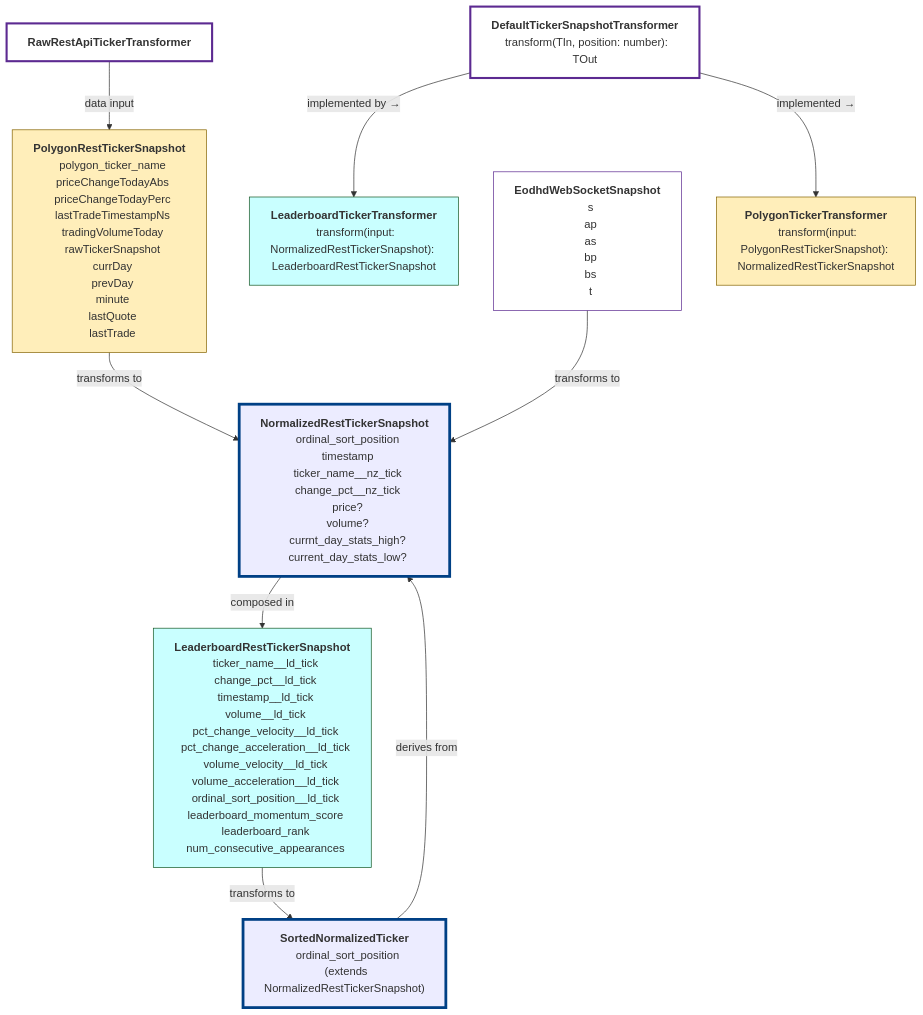
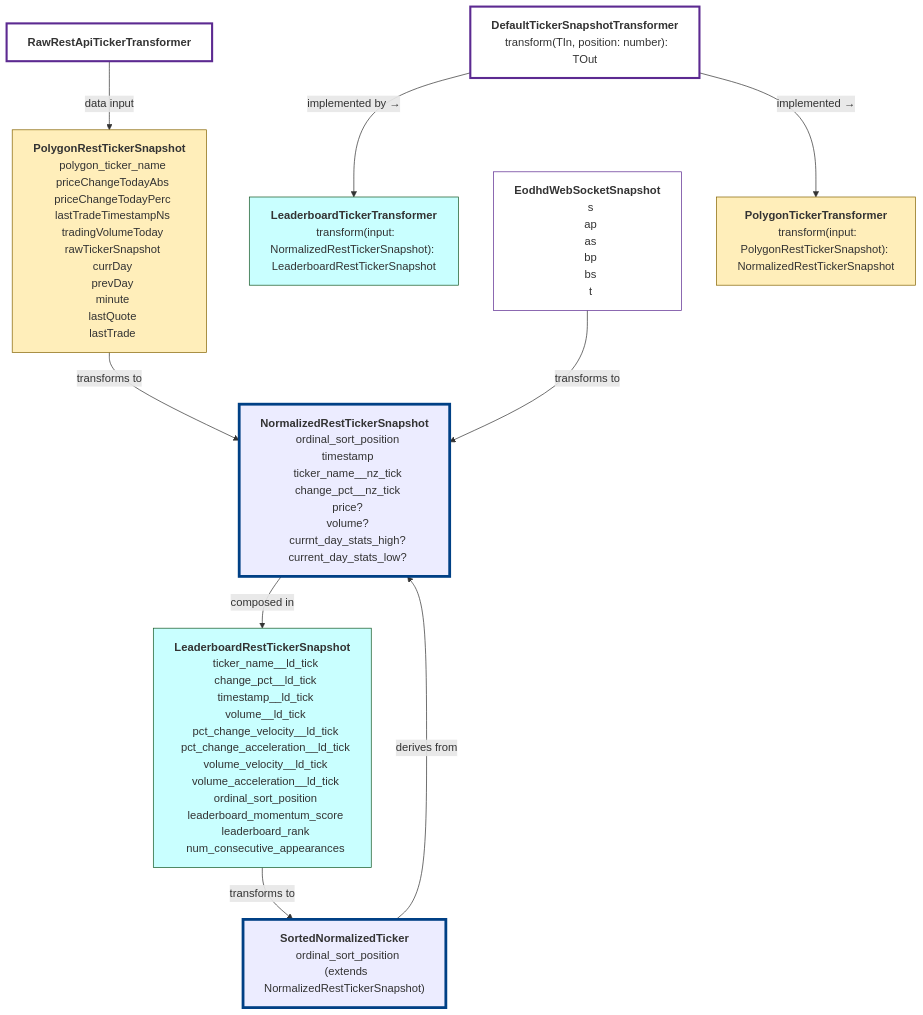
Before and after one commit to monolithgoon/momentum-trend-notification-bot: the diagram in src/core/models/ticker-model.graph.mmd, drawn with Mermaid. The commit also changed 44 other files, not shown here.

Commit message:
refactor: simplifies snapshot scan pipeline; flatten filter architecture, enforces strict deduping, and support expressive per-field threshold rules

```diff
--- a/src/core/models/ticker-model.graph.mmd
+++ b/src/core/models/ticker-model.graph.mmd
@@ -1,82 +1,82 @@
 %%{ init: { "theme": "default" } }%%
 graph TD
 
   %% 📘 Normalized domain
   NormalizedRestTickerSnapshot["<b>NormalizedRestTickerSnapshot</b>
   ordinal_sort_position
   timestamp
   ticker_name__nz_tick
   change_pct__nz_tick
   price?
   volume?
   currnt_day_stats_high?
   current_day_stats_low?"]:::normalized
 
 SortedNormalizedTicker["<b>SortedNormalizedTicker</b>
   ordinal_sort_position
   (extends NormalizedRestTickerSnapshot)"]:::normalized
 
   EodhdWebSocketSnapshot["<b>EodhdWebSocketSnapshot</b>
   s
   ap
   as
   bp
   bs
   t"]:::eodhd
 
   %% 📗 Leaderboard domain
   LeaderboardRestTickerSnapshot["<b>LeaderboardRestTickerSnapshot</b>
   ticker_name__ld_tick
   change_pct__ld_tick
   timestamp__ld_tick
   volume__ld_tick
   pct_change_velocity__ld_tick
   pct_change_acceleration__ld_tick
   volume_velocity__ld_tick
   volume_acceleration__ld_tick
-  ordinal_sort_position__ld_tick
+  ordinal_sort_position
   leaderboard_momentum_score
   leaderboard_rank
   num_consecutive_appearances"]:::leaderboard
 
   LeaderboardTickerTransformer["<b>LeaderboardTickerTransformer</b>
   transform(input: NormalizedRestTickerSnapshot): LeaderboardRestTickerSnapshot"]:::leaderboard
 
   %% 🟠 Polygon domain
   PolygonRestTickerSnapshot["<b>PolygonRestTickerSnapshot</b>
   polygon_ticker_name
   priceChangeTodayAbs
   priceChangeTodayPerc
   lastTradeTimestampNs
   tradingVolumeToday
   rawTickerSnapshot
   currDay
   prevDay
   minute
   lastQuote
   lastTrade"]:::polygon
 
   PolygonTickerTransformer["<b>PolygonTickerTransformer</b>
   transform(input: PolygonRestTickerSnapshot): NormalizedRestTickerSnapshot"]:::polygon
 
   %% 🟣 Raw / Transformer
   RawRestApiTickerTransformer["<b>RawRestApiTickerTransformer</b>"]:::raw
   DefaultTickerSnapshotTransformer["<b>DefaultTickerSnapshotTransformer</b>
   transform(TIn, position: number): TOut"]:::raw
 
   %% 🔀 Updated Relationship Annotations
   PolygonRestTickerSnapshot -- "transforms to" --> NormalizedRestTickerSnapshot
   EodhdWebSocketSnapshot -- "transforms to" --> NormalizedRestTickerSnapshot
   SortedNormalizedTicker -- "derives from" --> NormalizedRestTickerSnapshot
   NormalizedRestTickerSnapshot -- "composed in" --> LeaderboardRestTickerSnapshot
   LeaderboardRestTickerSnapshot -- "transforms to" --> SortedNormalizedTicker
   DefaultTickerSnapshotTransformer -- "implemented →" --> PolygonTickerTransformer
   DefaultTickerSnapshotTransformer -- "implemented by →" --> LeaderboardTickerTransformer
   RawRestApiTickerTransformer -- "data input" --> PolygonRestTickerSnapshot
 
   %% Styles
   classDef normalized fill:light-grey,stroke:#004085,stroke-width:4
   classDef leaderboard fill:#c9ffff,stroke:#155724;
   classDef polygon fill:#ffeeba,stroke:#856404;
   classDef raw fill:#fff,stroke:#5c2a91, stroke-width:3;
   classDef eodhd fill:#fff,stroke:#5c2a91;
```
